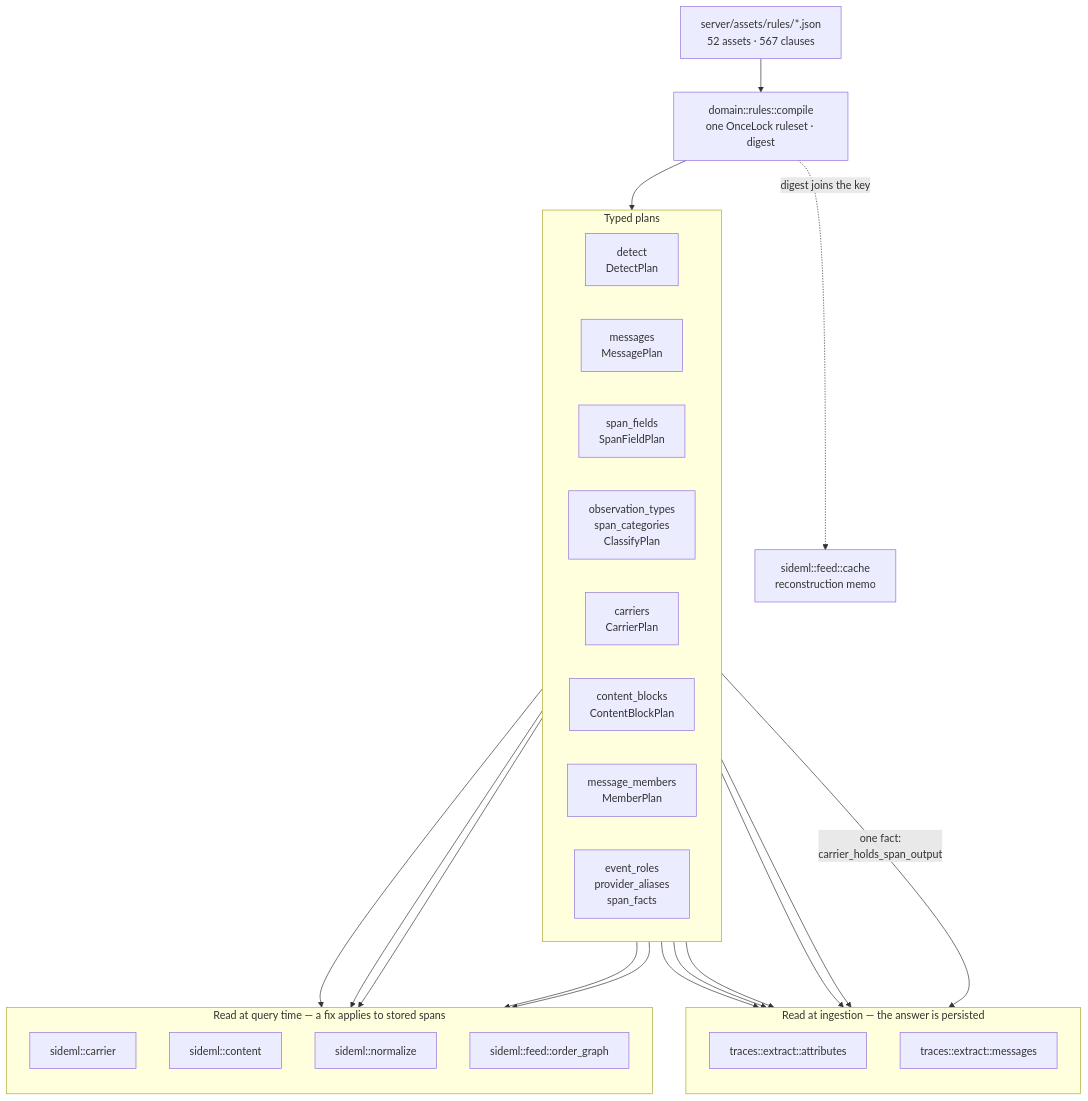
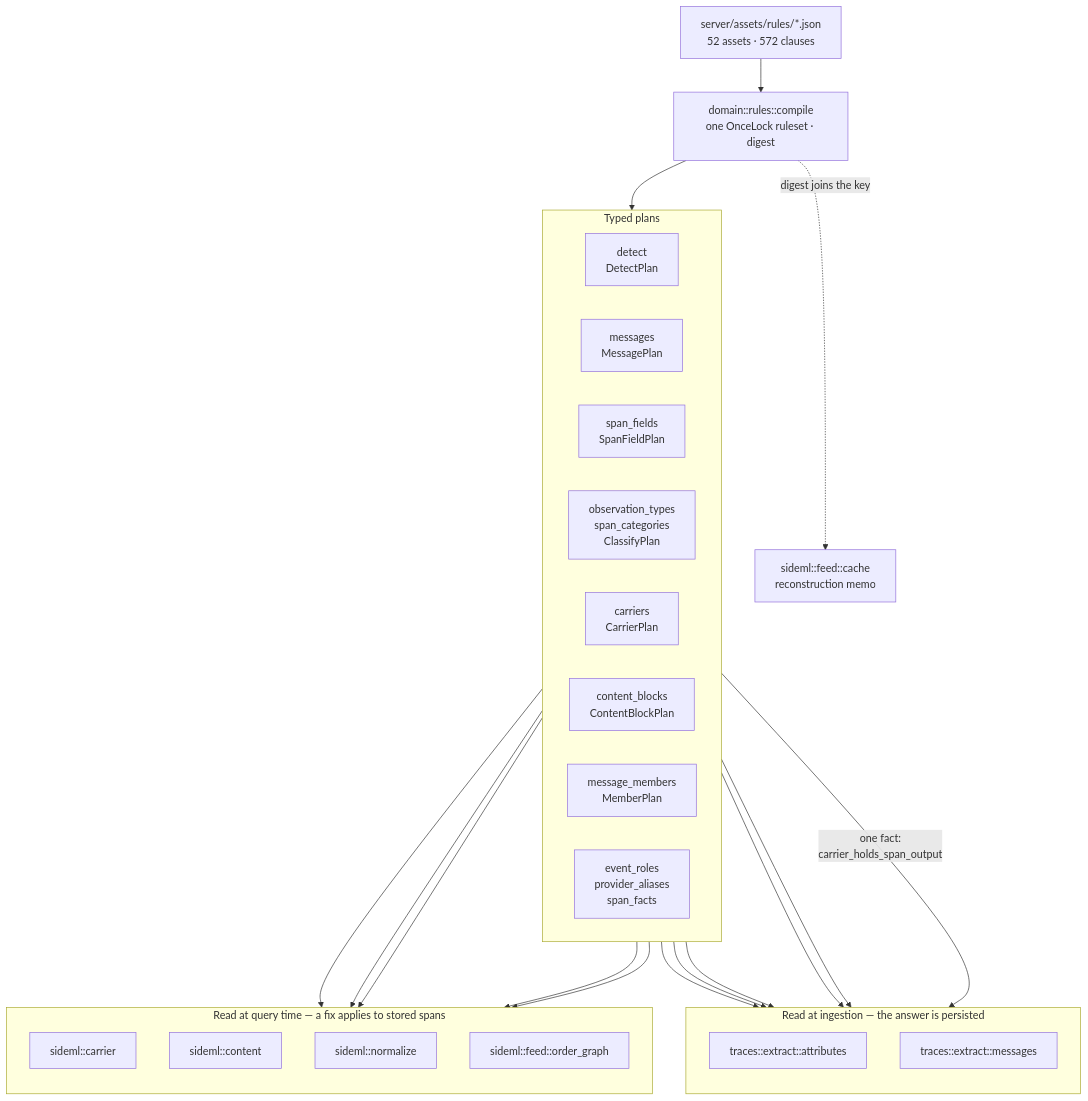
The first of 7 diagrams in docs/engineering/architecture-diagrams.md (sideseat/sideseat), drawn with Mermaid before and after one commit. The commit also changed 51 other files, not shown here.

````diff
--- a/docs/engineering/architecture-diagrams.md
+++ b/docs/engineering/architecture-diagrams.md
@@ -18,47 +18,47 @@
 ```mermaid
 flowchart TB
-    assets["server/assets/rules/*.json<br/>52 assets · 567 clauses"]
+    assets["server/assets/rules/*.json<br/>52 assets · 572 clauses"]
     compile["domain::rules::compile<br/>one OnceLock ruleset · digest"]
     assets --> compile
 
     subgraph plans["Typed plans"]
         direction LR
         detect["detect<br/>DetectPlan"]
         messages["messages<br/>MessagePlan"]
         fields["span_fields<br/>SpanFieldPlan"]
         classify["observation_types<br/>span_categories<br/>ClassifyPlan"]
         carriers["carriers<br/>CarrierPlan"]
         blocks["content_blocks<br/>ContentBlockPlan"]
         members["message_members<br/>MemberPlan"]
         roles["event_roles<br/>provider_aliases<br/>span_facts"]
     end
     compile --> plans
 
     subgraph ingest["Read at ingestion — the answer is persisted"]
         direction TB
         attrs["traces::extract::attributes"]
         msgs["traces::extract::messages"]
     end
 
     subgraph query["Read at query time — a fix applies to stored spans"]
         direction TB
         carrier["sideml::carrier"]
         content["sideml::content"]
         normalize["sideml::normalize"]
         order["sideml::feed::order_graph"]
     end
 
     detect --> attrs
     fields --> attrs
     classify --> attrs
     roles --> attrs
     messages --> msgs
     carriers -->|"one fact:<br/>carrier_holds_span_output"| msgs
     carriers --> carrier
     carriers --> order
     blocks --> content
     members --> content
     roles --> normalize
 
     compile -. "digest joins the key" .-> cache["sideml::feed::cache<br/>reconstruction memo"]
 ```
````
